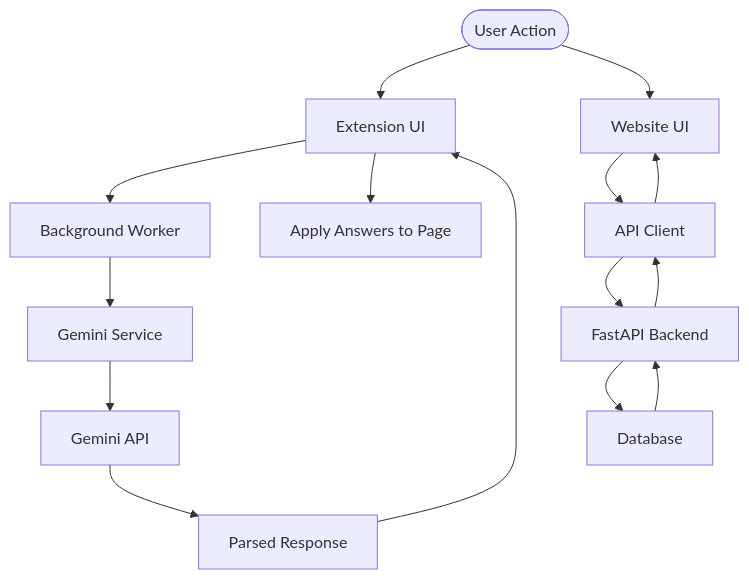
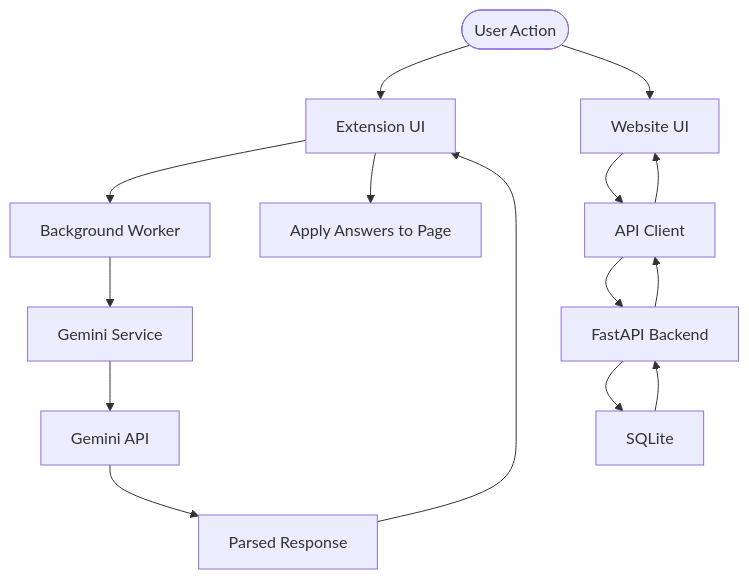
Before and after one commit to tashifkhan/tashif.codes: the sixth of 7 diagrams in src/data/docs/mooc-utils/Project Overview/Architecture Overview.md, drawn with Mermaid. The commit also changed other lines of this file and 2128 other files, not shown here.

First line of the commit message:
docs: replace raster diagram images with native Mermaid across project guides

````diff
--- a/src/data/docs/mooc-utils/Project Overview/Architecture Overview.md
+++ b/src/data/docs/mooc-utils/Project Overview/Architecture Overview.md
@@ -188,17 +170,17 @@
 ```mermaid
 flowchart TD
 Start(["User Action"]) --> ExtUI["Extension UI"]
 ExtUI --> BG["Background Worker"]
 BG --> Gemini["Gemini Service"]
 Gemini --> GeminiAPI["Gemini API"]
 GeminiAPI --> GeminiResp["Parsed Response"]
 GeminiResp --> ExtUI
 ExtUI --> Apply["Apply Answers to Page"]
 Start --> WebUI["Website UI"]
 WebUI --> APIClient["API Client"]
 APIClient --> FastAPI["FastAPI Backend"]
-FastAPI --> DB["Database"]
+FastAPI --> DB["SQLite"]
 DB --> FastAPI
 FastAPI --> APIClient
 APIClient --> WebUI
 ```
````
